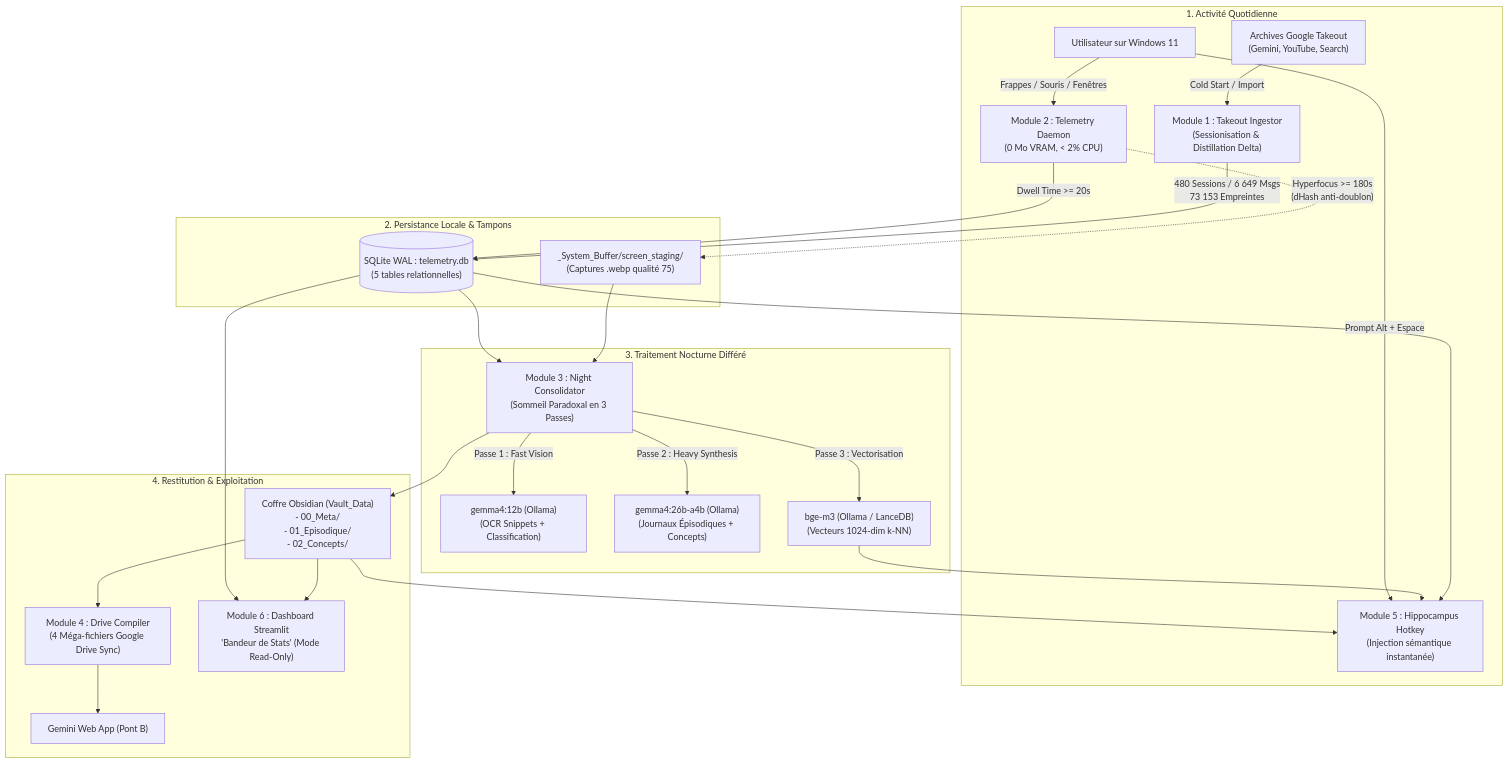
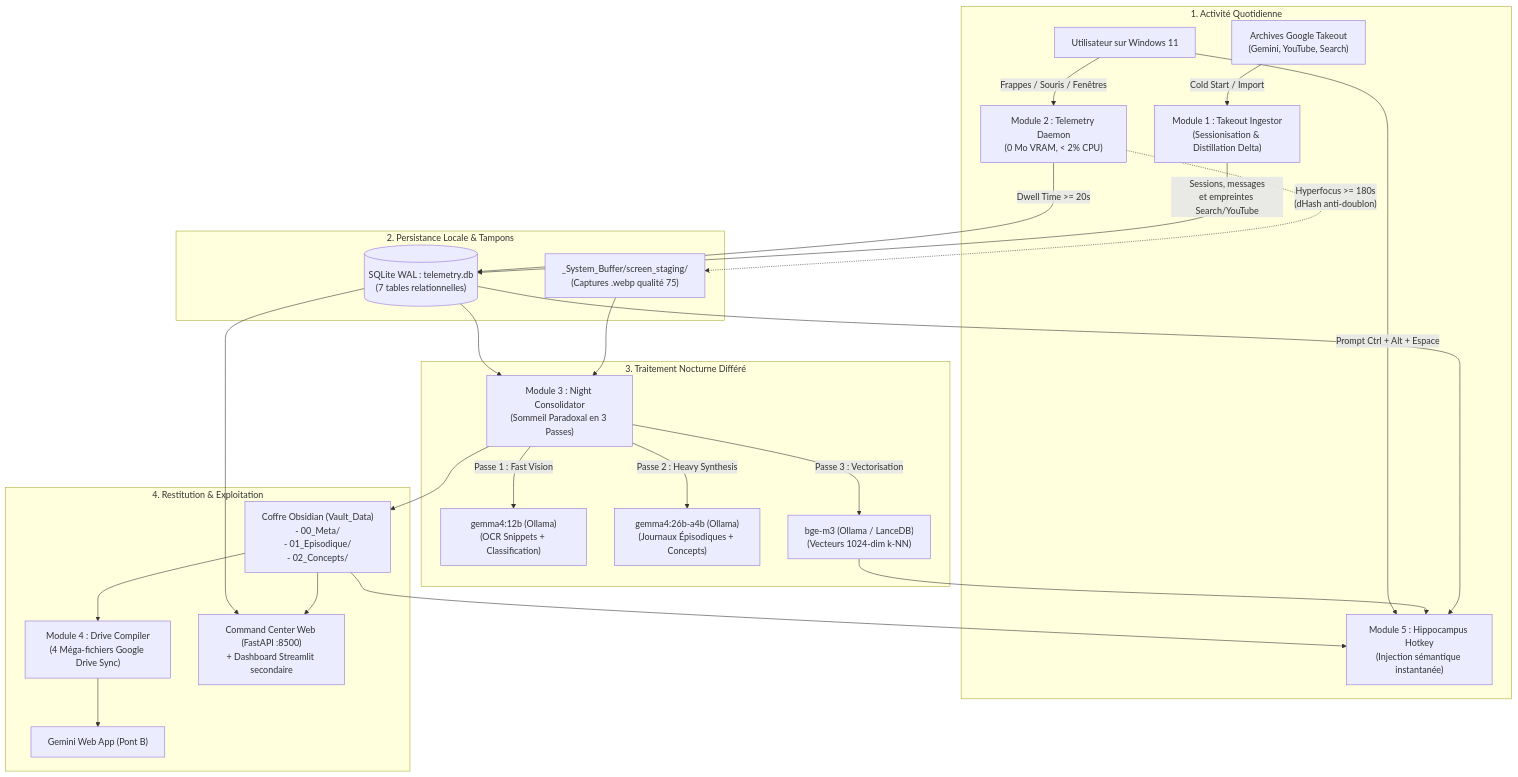
One commit to jeremsers/cerveau-deux changed the first of 4 diagrams in tech specs/DOCUMENTATION_FONCTIONNELLE_ET_TECHNIQUE.md. Above: the diagram before and after it, drawn with Mermaid. The commit also changed other lines of this file and 22 other files, not shown here.

````diff
--- a/tech specs/DOCUMENTATION_FONCTIONNELLE_ET_TECHNIQUE.md
+++ b/tech specs/DOCUMENTATION_FONCTIONNELLE_ET_TECHNIQUE.md
@@ -31,31 +32,31 @@
 ```mermaid
 flowchart TD
     subgraph Saisie ["1. Activité Quotidienne"]
         USER["Utilisateur sur Windows 11"]
         USER -->|"Frappes / Souris / Fenêtres"| M2["Module 2 : Telemetry Daemon\n(0 Mo VRAM, < 2% CPU)"]
-        USER -->|"Prompt Alt + Espace"| M5["Module 5 : Hippocampus Hotkey\n(Injection sémantique instantanée)"]
+        USER -->|"Prompt Ctrl + Alt + Espace"| M5["Module 5 : Hippocampus Hotkey\n(Injection sémantique instantanée)"]
         TAKEOUT["Archives Google Takeout\n(Gemini, YouTube, Search)"] -->|"Cold Start / Import"| M1["Module 1 : Takeout Ingestor\n(Sessionisation & Distillation Delta)"]
     end
 
     subgraph Stockage ["2. Persistance Locale & Tampons"]
-        M2 -->|"Dwell Time >= 20s"| SQLITE[("SQLite WAL : telemetry.db\n(5 tables relationnelles)")]
-        M1 -->|"480 Sessions / 6 649 Msgs\n73 153 Empreintes"| SQLITE
+        M2 -->|"Dwell Time >= 20s"| SQLITE[("SQLite WAL : telemetry.db\n(7 tables relationnelles)")]
+        M1 -->|"Sessions, messages\net empreintes Search/YouTube"| SQLITE
         M2 -.->|"Hyperfocus >= 180s\n(dHash anti-doublon)"| STAGING["_System_Buffer/screen_staging/\n(Captures .webp qualité 75)"]
     end
 
     subgraph Consolidation ["3. Traitement Nocturne Différé"]
         SQLITE & STAGING --> M3["Module 3 : Night Consolidator\n(Sommeil Paradoxal en 3 Passes)"]
         M3 -->|"Passe 1 : Fast Vision"| G12B["gemma4:12b (Ollama)\n(OCR Snippets + Classification)"]
         M3 -->|"Passe 2 : Heavy Synthesis"| G26B["gemma4:26b-a4b (Ollama)\n(Journaux Épisodiques + Concepts)"]
         M3 -->|"Passe 3 : Vectorisation"| BGEM3["bge-m3 (Ollama / LanceDB)\n(Vecteurs 1024-dim k-NN)"]
     end
 
     subgraph Restitution ["4. Restitution & Exploitation"]
         M3 --> VAULT["Coffre Obsidian (Vault_Data)\n- 00_Meta/\n- 01_Episodique/\n- 02_Concepts/"]
         VAULT --> M4["Module 4 : Drive Compiler\n(4 Méga-fichiers Google Drive Sync)"]
         M4 --> GEMINI_WEB["Gemini Web App (Pont B)"]
         VAULT & BGEM3 --> M5
         SQLITE --> M5
-        SQLITE & VAULT --> M6["Module 6 : Dashboard Streamlit\n'Bandeur de Stats' (Mode Read-Only)"]
+        SQLITE & VAULT --> M6["Command Center Web (FastAPI :8500)\n+ Dashboard Streamlit secondaire"]
     end
 ```
````
